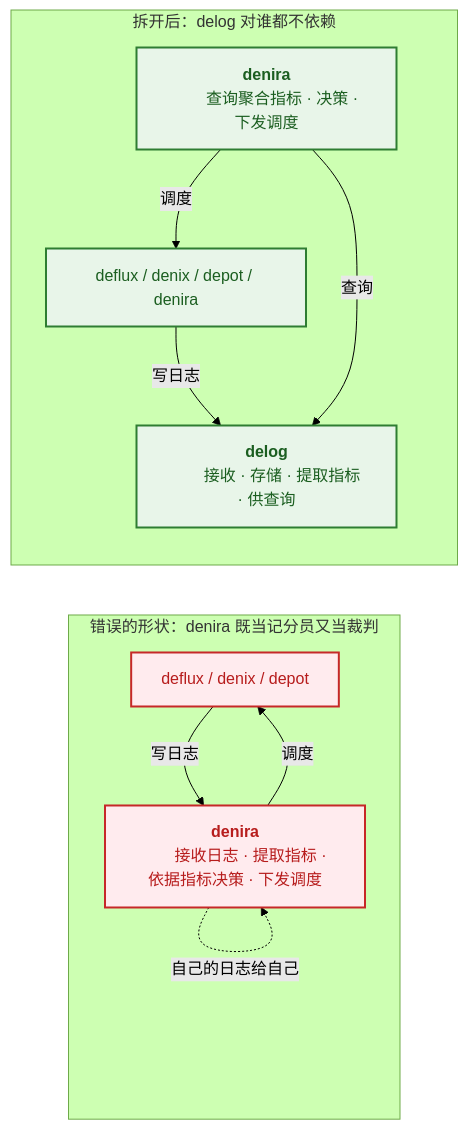
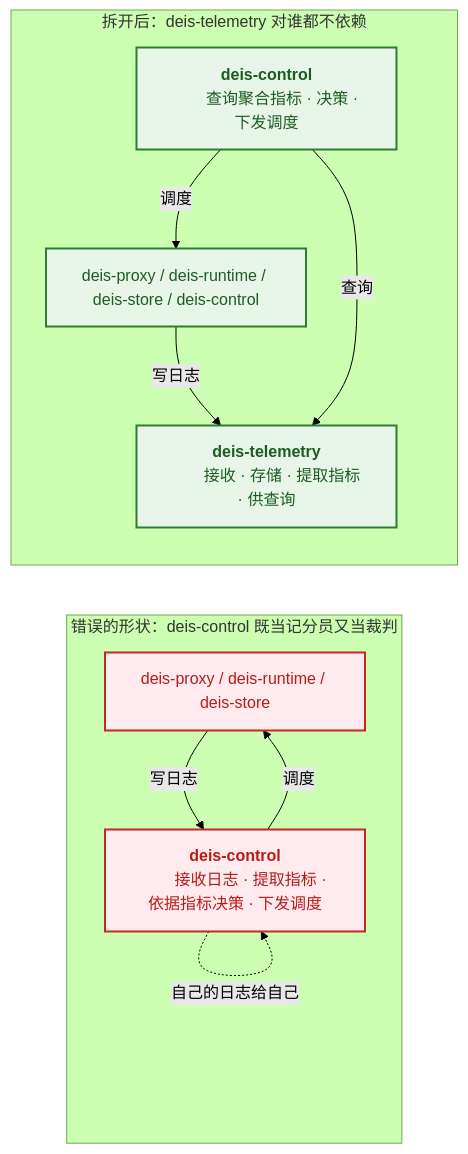
One commit to deislet/deislet changed the sixth of 6 diagrams in docs/architecture.zh.md. Above: the diagram before and after it, drawn with Mermaid (forest theme). The commit also changed other lines of this file and 591 other files, not shown here.

````diff
--- a/docs/architecture.zh.md
+++ b/docs/architecture.zh.md
@@ -390,24 +390,24 @@
 ```mermaid
 flowchart LR
-    subgraph bad["错误的形状：denira 既当记分员又当裁判"]
+    subgraph bad["错误的形状：deis-control 既当记分员又当裁判"]
         direction TB
-        c1["deflux / denix / depot"] -->|"写日志"| r1["<b>denira</b>
+        c1["deis-proxy / deis-runtime / deis-store"] -->|"写日志"| r1["<b>deis-control</b>
         接收日志 · 提取指标 · 依据指标决策 · 下发调度"]
         r1 -->|"调度"| c1
         r1 -.->|"自己的日志给自己"| r1
     end
 
-    subgraph good["拆开后：delog 对谁都不依赖"]
+    subgraph good["拆开后：deis-telemetry 对谁都不依赖"]
         direction TB
-        c2["deflux / denix / depot / denira"] -->|"写日志"| d2["<b>delog</b>
+        c2["deis-proxy / deis-runtime / deis-store / deis-control"] -->|"写日志"| d2["<b>deis-telemetry</b>
         接收 · 存储 · 提取指标 · 供查询"]
-        r2["<b>denira</b>
+        r2["<b>deis-control</b>
         查询聚合指标 · 决策 · 下发调度"] -->|"查询"| d2
         r2 -->|"调度"| c2
     end
 
     classDef bad fill:#ffebee,stroke:#c62828,stroke-width:2px,color:#b71c1c
     classDef good fill:#e8f5e9,stroke:#2e7d32,stroke-width:2px,color:#1b5e20
     class c1,r1 bad
     class c2,d2,r2 good
 ```
````
